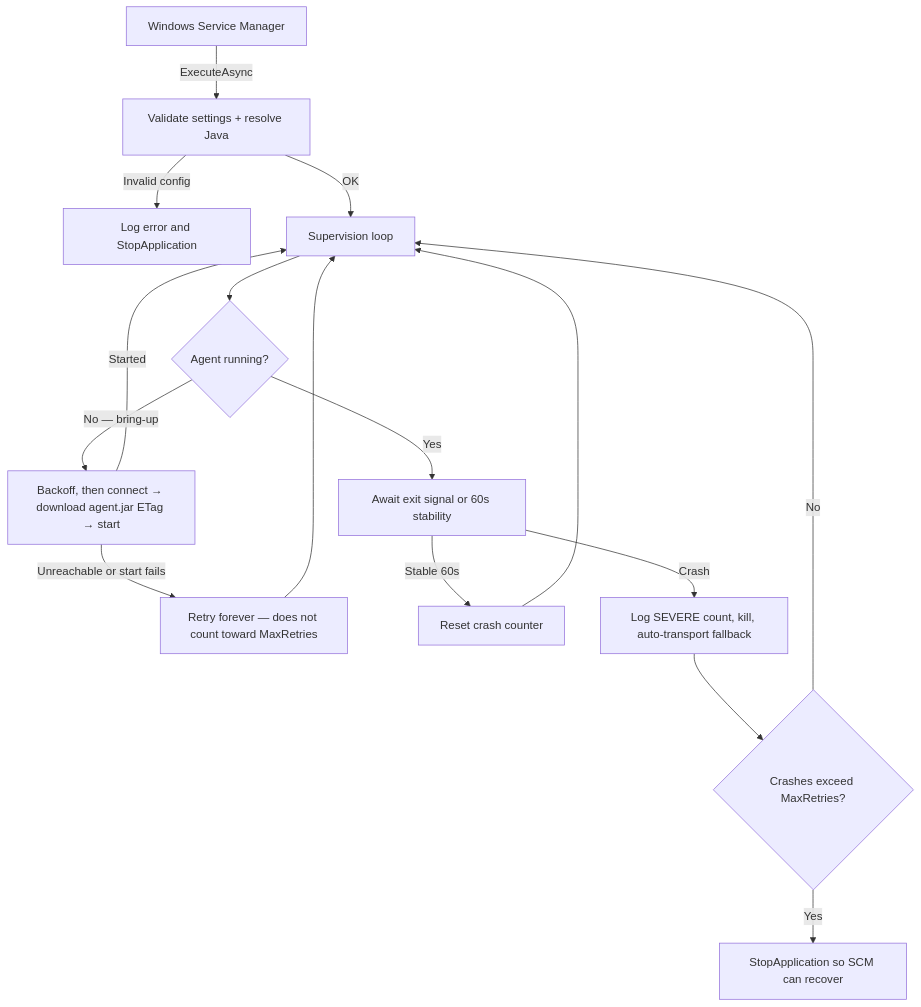
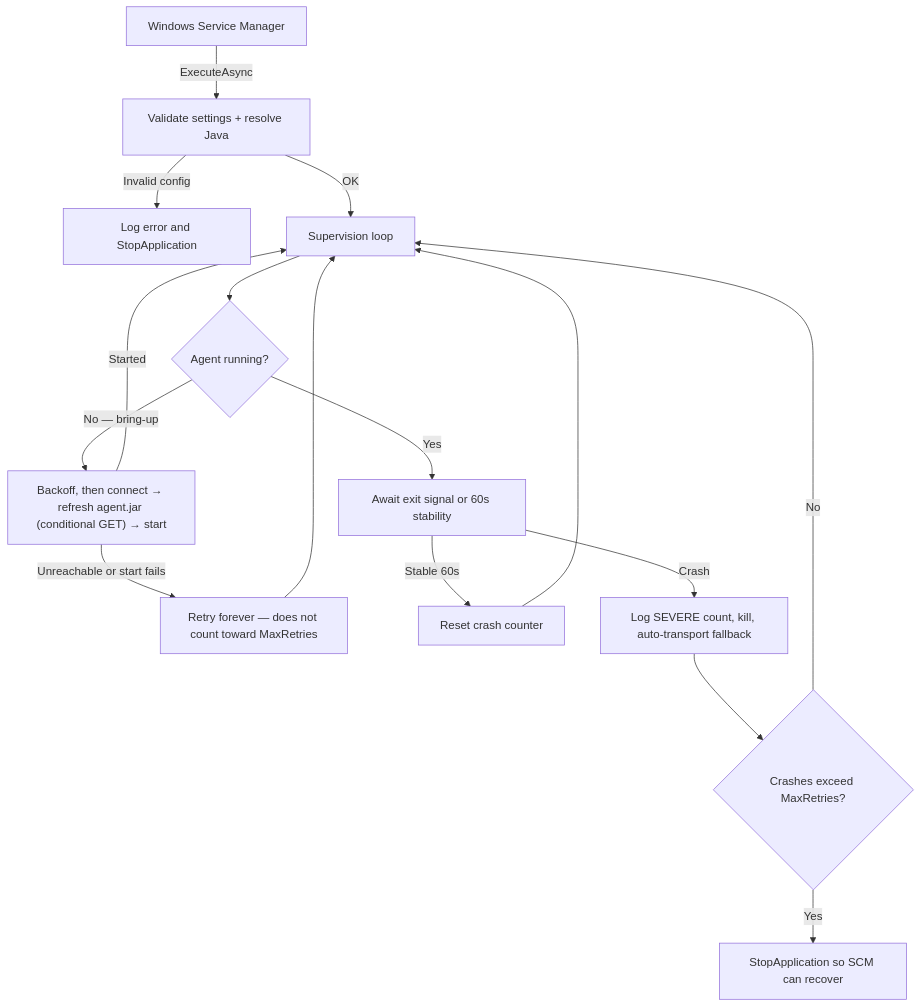
The diagram in README.md (EliorMachlev/JenkinsAsService), drawn with Mermaid before and after one commit. The commit also changed other lines of this file and 11 other files, not shown here.

First line of the commit message:
fix(jar): cache against Last-Modified when the controller sends no ETag (#83)

````diff
--- a/README.md
+++ b/README.md
@@ -41,18 +41,18 @@
 ```mermaid
 flowchart TD
     A[Windows Service Manager] -->|ExecuteAsync| B[Validate settings + resolve Java]
     B -->|Invalid config| D[Log error and StopApplication]
     B -->|OK| E[Supervision loop]
     E --> F{Agent running?}
-    F -->|No — bring-up| G["Backoff, then connect → download agent.jar ETag → start"]
+    F -->|No — bring-up| G["Backoff, then connect → refresh agent.jar (conditional GET) → start"]
     G -->|Unreachable or start fails| H[Retry forever — does not count toward MaxRetries]
     H --> E
     G -->|Started| E
     F -->|Yes| I[Await exit signal or 60s stability]
     I -->|Stable 60s| J[Reset crash counter]
     J --> E
     I -->|Crash| K[Log SEVERE count, kill, auto-transport fallback]
     K --> L{Crashes exceed MaxRetries?}
     L -->|Yes| M[StopApplication so SCM can recover]
     L -->|No| E
 ```
````
